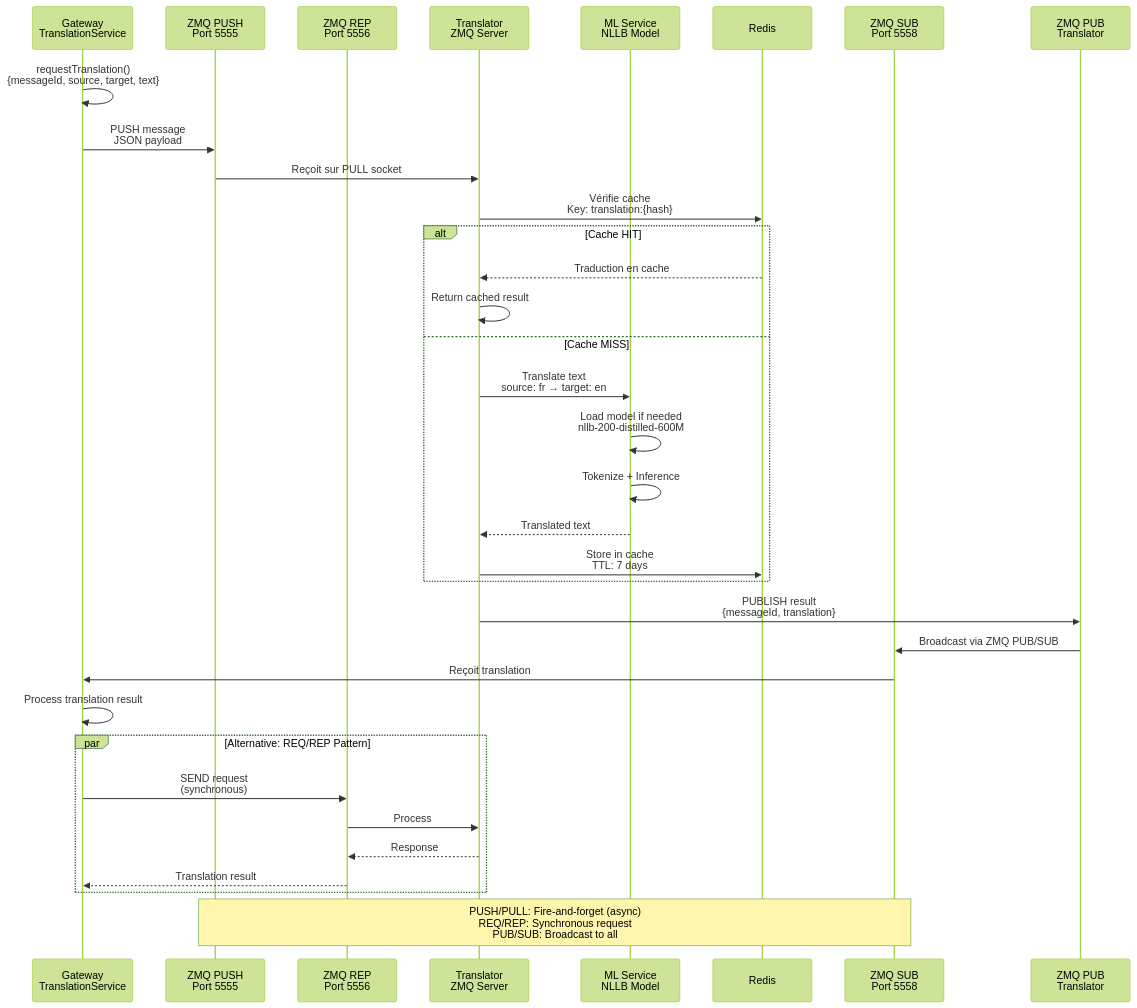
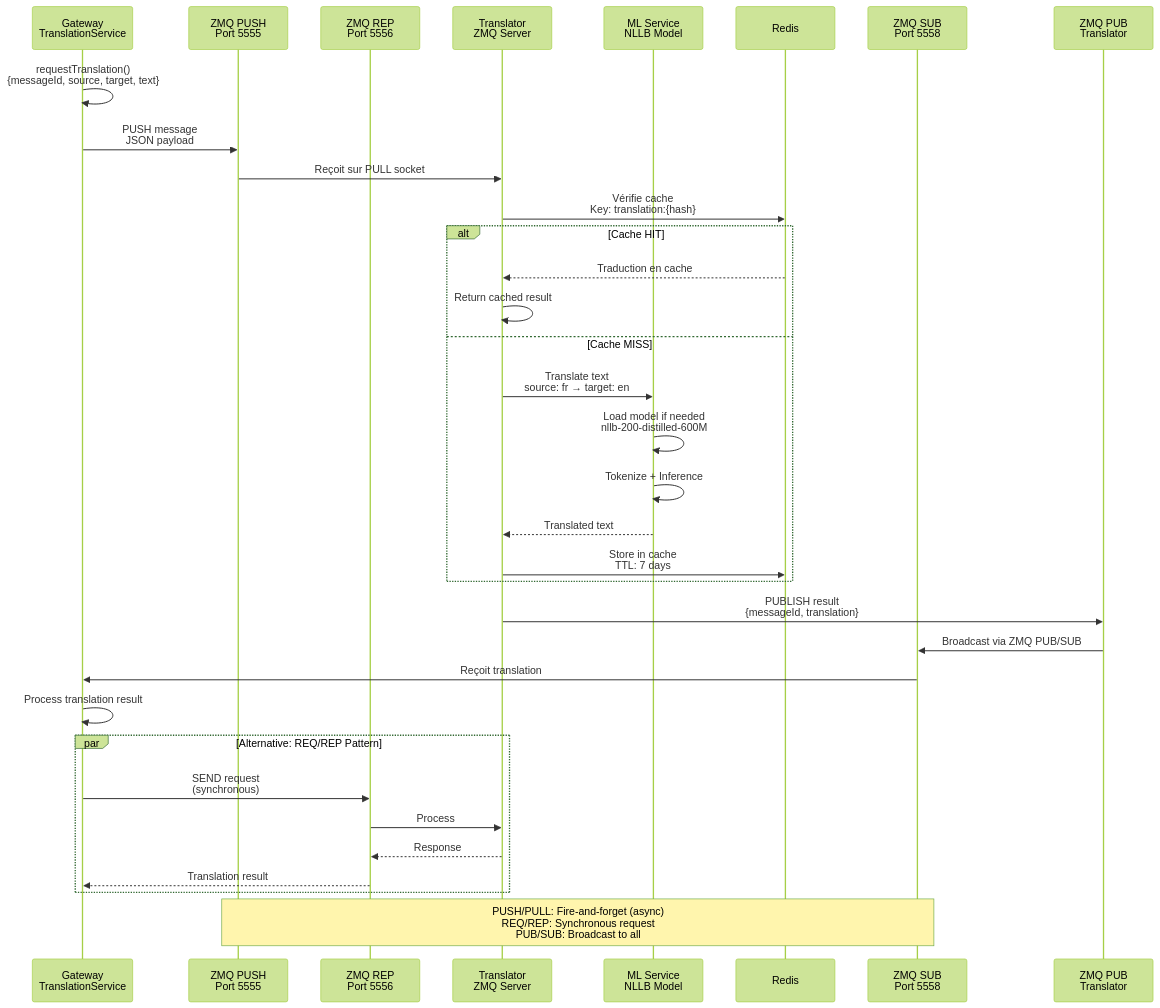
Before and after one commit to isopen-io/meeshy: the sixth of 17 diagrams in apps/docs/architecture-diagrams.md, drawn with Mermaid (forest theme). The commit also changed other lines of this file and 2 other files, not shown here.

First line of the commit message:
feat(web): show user profile in DM settings drawer + fix mermaid syntax

````diff
--- a/apps/docs/architecture-diagrams.md
+++ b/apps/docs/architecture-diagrams.md
@@ -446,46 +446,46 @@
 ```mermaid
 sequenceDiagram
     participant GW as Gateway<br/>TranslationService
     participant PUSH as ZMQ PUSH<br/>Port 5555
     participant REP as ZMQ REP<br/>Port 5556
     participant Trans as Translator<br/>ZMQ Server
     participant ML as ML Service<br/>NLLB Model
     participant Cache as Redis
     participant SUB as ZMQ SUB<br/>Port 5558
     participant PUB as ZMQ PUB<br/>Translator
 
-    GW->>GW: requestTranslation()<br/>{messageId, source, target, text}
+    GW->>GW: requestTranslation()<br/>#123;messageId, source, target, text#125;
 
     GW->>PUSH: PUSH message<br/>JSON payload
     PUSH->>Trans: Reçoit sur PULL socket
 
-    Trans->>Cache: Vérifie cache<br/>Key: translation:{hash}
+    Trans->>Cache: Vérifie cache<br/>Key: translation:#123;hash#125;
 
     alt Cache HIT
         Cache-->>Trans: Traduction en cache
         Trans->>Trans: Return cached result
     else Cache MISS
         Trans->>ML: Translate text<br/>source: fr → target: en
 
         ML->>ML: Load model if needed<br/>nllb-200-distilled-600M
         ML->>ML: Tokenize + Inference
         ML-->>Trans: Translated text
 
         Trans->>Cache: Store in cache<br/>TTL: 7 days
     end
 
-    Trans->>PUB: PUBLISH result<br/>{messageId, translation}
+    Trans->>PUB: PUBLISH result<br/>#123;messageId, translation#125;
     PUB->>SUB: Broadcast via ZMQ PUB/SUB
     SUB->>GW: Reçoit translation
 
     GW->>GW: Process translation result
 
     par Alternative: REQ/REP Pattern
         GW->>REP: SEND request<br/>(synchronous)
         REP->>Trans: Process
         Trans-->>REP: Response
         REP-->>GW: Translation result
     end
 
     Note over PUSH,SUB: PUSH/PULL: Fire-and-forget (async)<br/>REQ/REP: Synchronous request<br/>PUB/SUB: Broadcast to all
 ```
````
